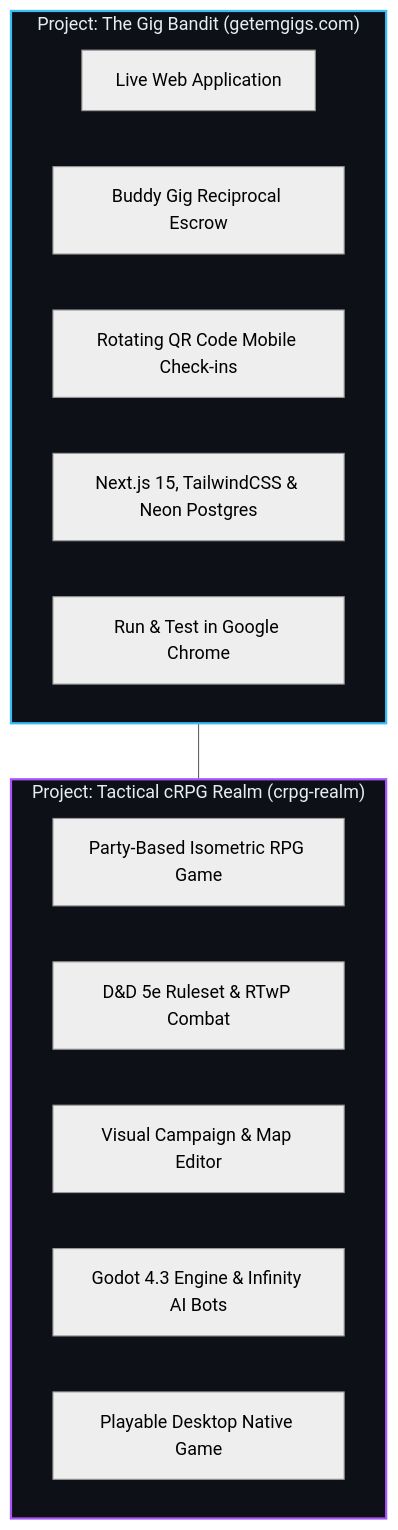
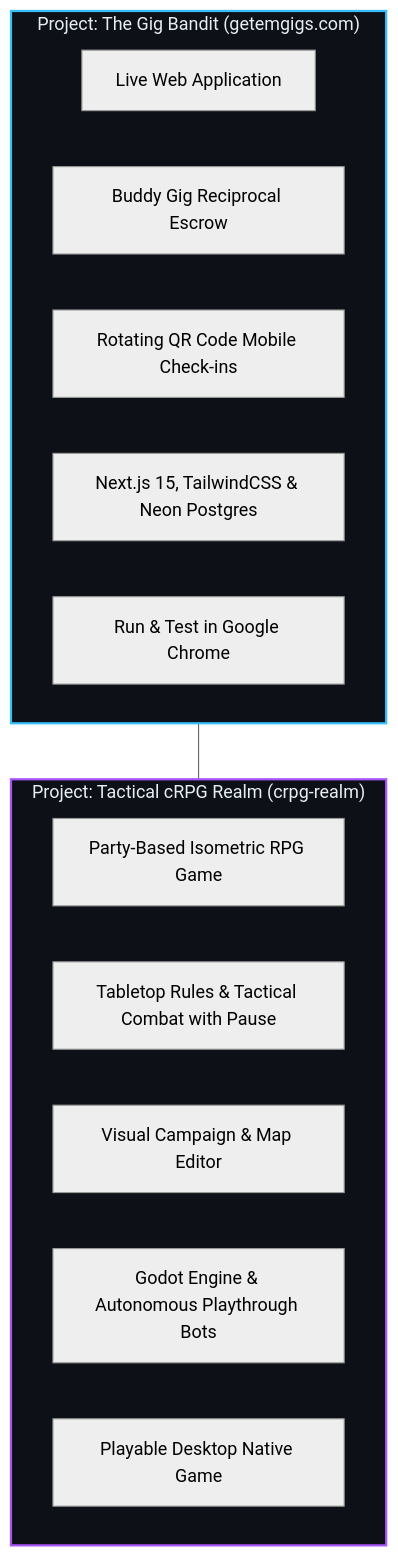
Before and after one commit to nddipiazza/robos: the diagram in docs/training/for-non-developers.md, drawn with Mermaid (neutral theme). The commit also changed other lines of this file and 8 other files, not shown here.

````diff
--- a/docs/training/for-non-developers.md
+++ b/docs/training/for-non-developers.md
@@ -80,23 +85,23 @@
 ```mermaid
 graph TD
     subgraph P1 ["Project: The Gig Bandit (getemgigs.com)"]
         G1["Live Web Application"]
         G2["Buddy Gig Reciprocal Escrow"]
         G3["Rotating QR Code Mobile Check-ins"]
         G4["Next.js 15, TailwindCSS & Neon Postgres"]
         G5["Run & Test in Google Chrome"]
     end
 
     subgraph P2 ["Project: Tactical cRPG Realm (crpg-realm)"]
         R1["Party-Based Isometric RPG Game"]
-        R2["D&D 5e Ruleset & RTwP Combat"]
+        R2["Tabletop Rules & Tactical Combat with Pause"]
         R3["Visual Campaign & Map Editor"]
-        R4["Godot 4.3 Engine & Infinity AI Bots"]
+        R4["Godot Engine & Autonomous Playthrough Bots"]
         R5["Playable Desktop Native Game"]
     end
 
     P1 --- P2
     
     style P1 fill:#0d1117,stroke:#38bdf8,stroke-width:2px,color:#e6edf3
     style P2 fill:#0d1117,stroke:#a855f7,stroke-width:2px,color:#e6edf3
 ```
````
